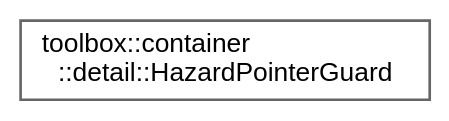
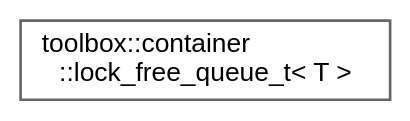
The diagram in inherit_graph_17.dot (nerdneilsfield/cpp-toolbox), drawn with Graphviz before and after one commit. The commit also changed 153 other files, not shown here.

```diff
--- a/inherit_graph_17.dot
+++ b/inherit_graph_17.dot
@@ -1,9 +1,9 @@
 digraph "Graphical Class Hierarchy"
 {
  // LATEX_PDF_SIZE
   bgcolor="transparent";
   edge [fontname=Helvetica,fontsize=10,labelfontname=Helvetica,labelfontsize=10];
   node [fontname=Helvetica,fontsize=10,shape=box,height=0.2,width=0.4];
   rankdir="LR";
-  Node0 [id="Node000000",label="toolbox::container\l::detail::HazardPointerGuard",height=0.2,width=0.4,color="grey40", fillcolor="white", style="filled",URL="$classtoolbox_1_1container_1_1detail_1_1_hazard_pointer_guard.html",tooltip="危险指针设置/清除的RAII助手类 (RAII helper for setting/clearing hazard pointers)"];
+  Node0 [id="Node000000",label="toolbox::container\l::lock_free_queue_t\< T \>",height=0.2,width=0.4,color="grey40", fillcolor="white", style="filled",URL="$classtoolbox_1_1container_1_1lock__free__queue__t.html",tooltip=" "];
 }
```
